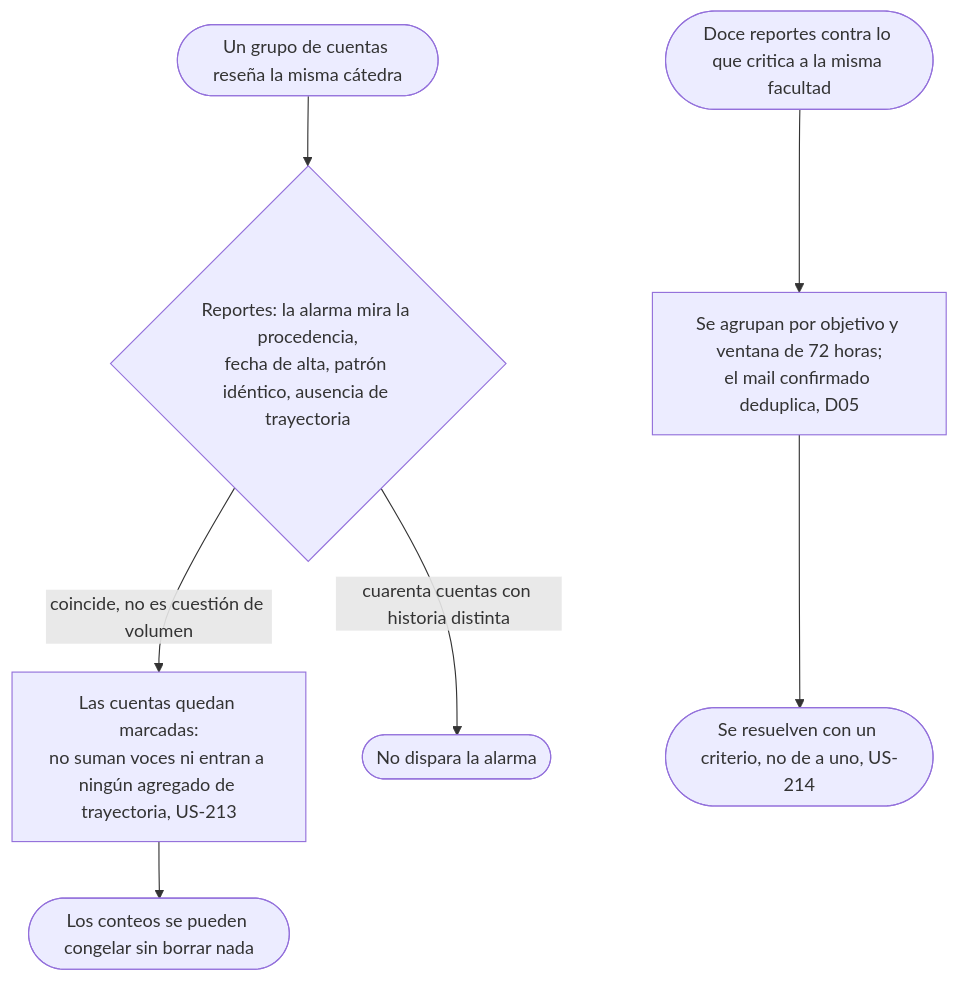
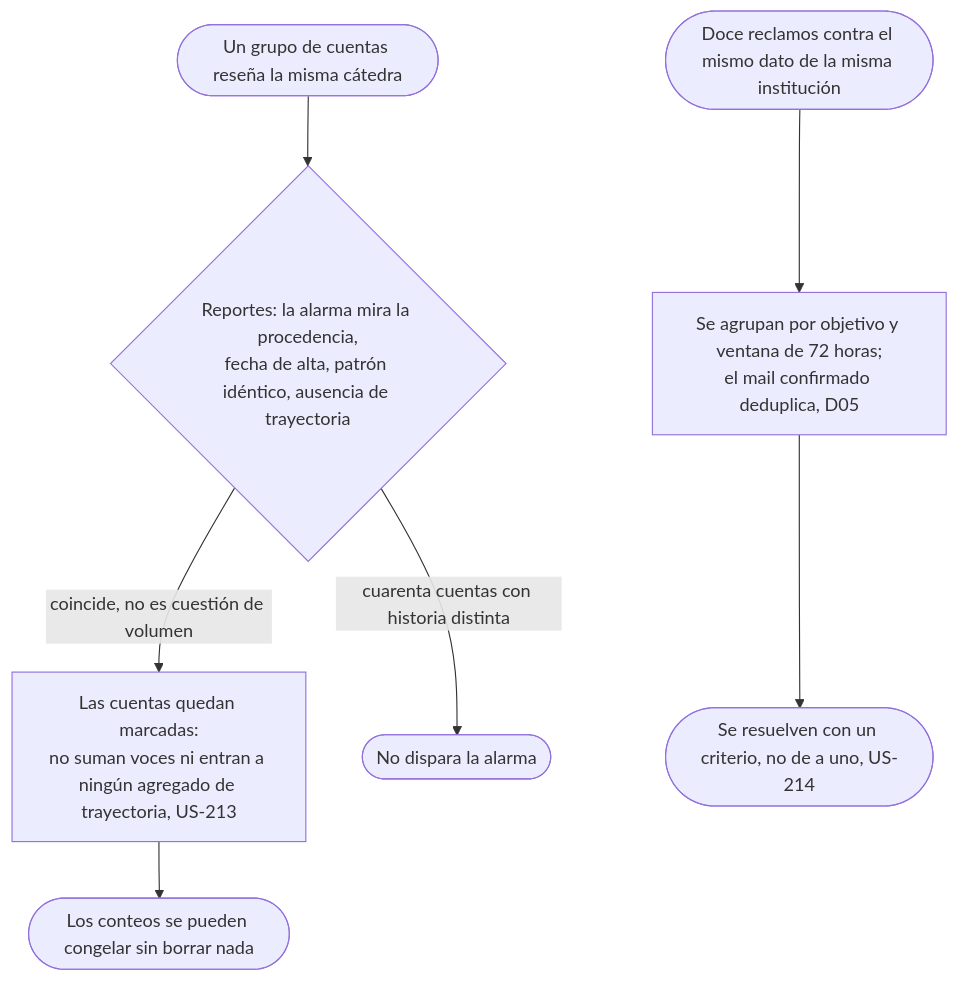
One commit to lucasidev/plan-b changed the fifth of 5 diagrams in docs/product/team/moderate-without-breaking-the-product/flow.md. Above: the diagram before and after it, drawn with Mermaid. The commit also changed other lines of this file and 243 other files, not shown here.

````diff
--- a/docs/product/team/moderate-without-breaking-the-product/flow.md
+++ b/docs/product/team/moderate-without-breaking-the-product/flow.md
@@ -76,9 +71,9 @@
 ```mermaid
 flowchart TD
   G([Un grupo de cuentas reseña la misma cátedra]) --> H{Reportes: la alarma mira la procedencia,<br/>fecha de alta, patrón idéntico, ausencia de trayectoria}
   H -->|coincide, no es cuestión de volumen| I[Las cuentas quedan marcadas:<br/>no suman voces ni entran a ningún agregado de trayectoria, US-213]
   I --> J([Los conteos se pueden congelar sin borrar nada])
   H -->|cuarenta cuentas con historia distinta| K([No dispara la alarma])
-  L([Doce reportes contra lo que critica a la misma facultad]) --> M[Se agrupan por objetivo y ventana de 72 horas;<br/>el mail confirmado deduplica, D05]
+  L([Doce reclamos contra el mismo dato de la misma institución]) --> M[Se agrupan por objetivo y ventana de 72 horas;<br/>el mail confirmado deduplica, D05]
   M --> N([Se resuelven con un criterio, no de a uno, US-214])
 ```
````
